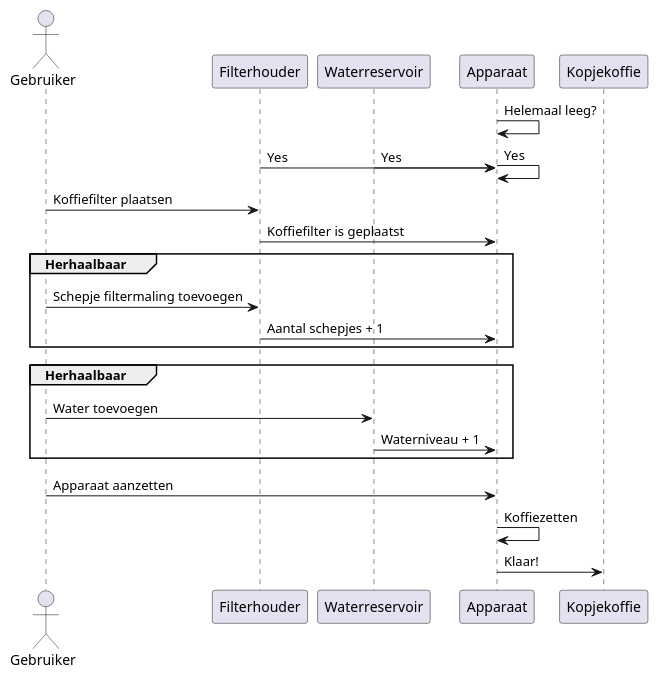
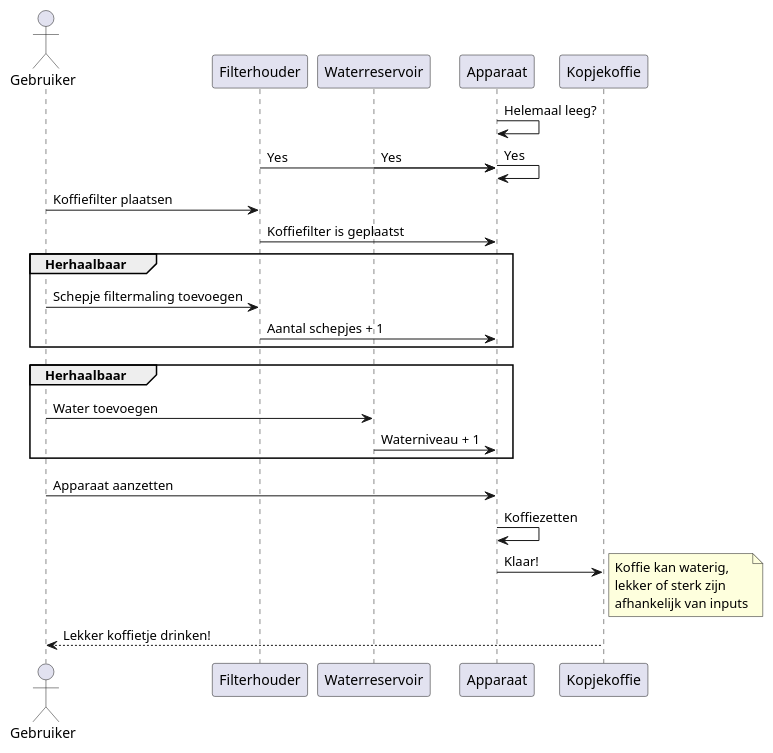
Before and after one commit to SanderV8/KoffieZettenDiagram: the diagram in src/chapter_2.md, drawn with PlantUML. The commit also changed 2 other files, not shown here.

Commit message:
Toegevoegd dat gebruiker koffiedrinkt

````diff
--- a/src/chapter_2.md
+++ b/src/chapter_2.md
@@ -3,40 +3,47 @@
 ```plantuml
 
 @startuml 
 actor Gebruiker
 participant Filterhouder
 participant Waterreservoir
 participant Apparaat
 participant Kopjekoffie
 !pragma teoz true
 
 Apparaat -> Apparaat : Helemaal leeg?
 Filterhouder -> Apparaat : Yes
 & Waterreservoir -> Apparaat : Yes
 & Apparaat -> Apparaat : Yes
 
 Gebruiker -> Filterhouder : Koffiefilter plaatsen
 Filterhouder -> Apparaat : Koffiefilter is geplaatst
 
 Group Herhaalbaar
 
     Gebruiker -> Filterhouder : Schepje filtermaling toevoegen
     Filterhouder -> Apparaat : Aantal schepjes + 1
 
 end
 
 Group Herhaalbaar
 
     Gebruiker -> Waterreservoir : Water toevoegen
     Waterreservoir -> Apparaat : Waterniveau + 1
 
 end
 
 Gebruiker -> Apparaat : Apparaat aanzetten
 Apparaat -> Apparaat : Koffiezetten
 
 Apparaat -> Kopjekoffie : Klaar!
+note right
+Koffie kan waterig,
+lekker of sterk zijn
+afhankelijk van inputs
+end note
+
+Kopjekoffie --> Gebruiker : Lekker koffietje drinken!
 
 
 @enduml
 ```
````
